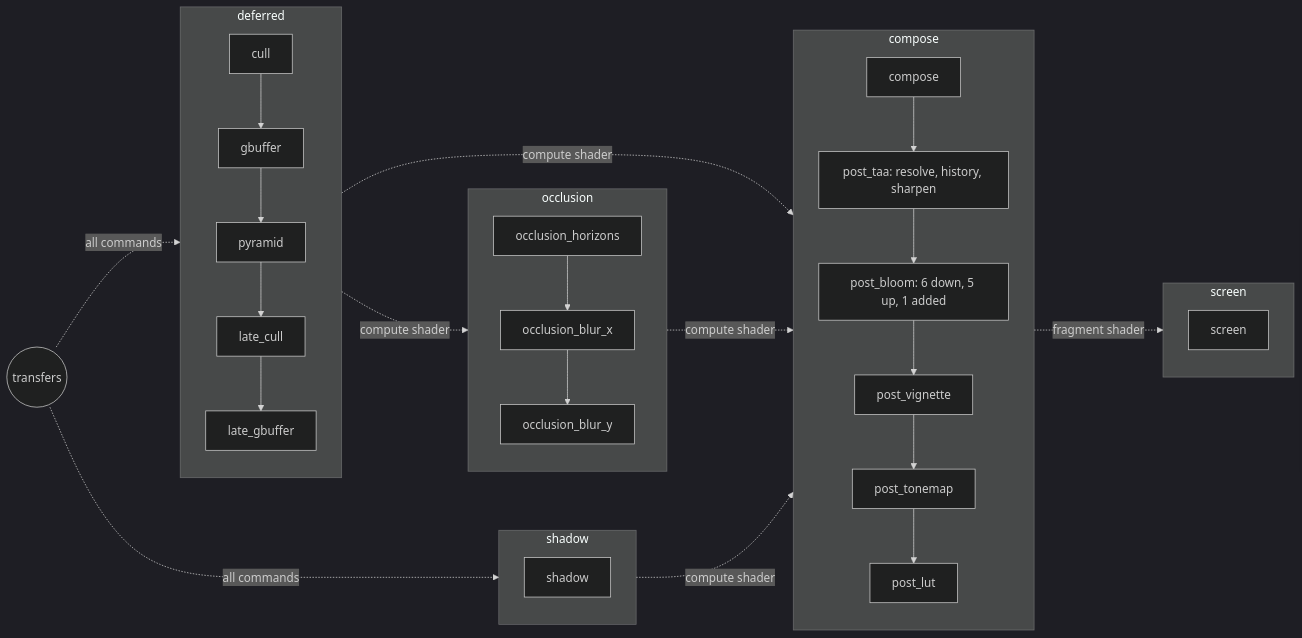
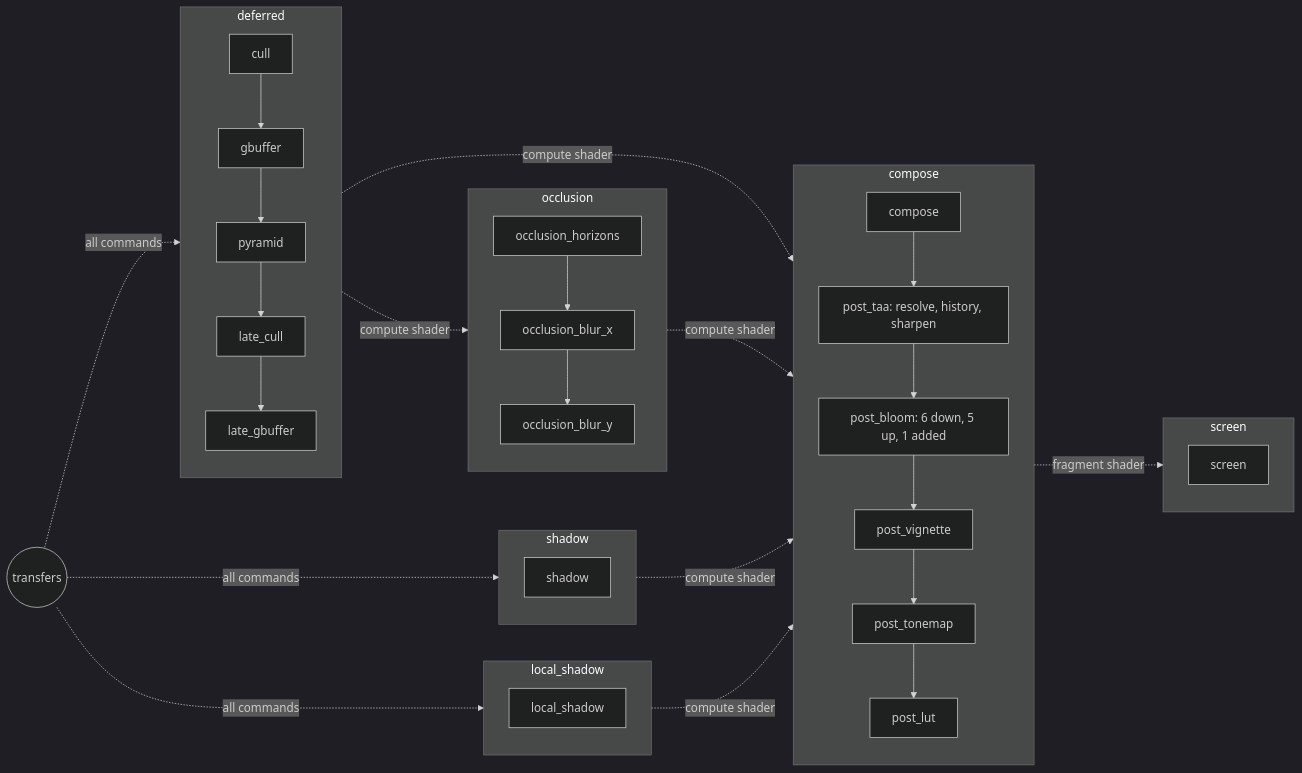
Before and after one commit to Kag-k-thun/Balder: the diagram in doc/render-graph.md, drawn with Mermaid (dark theme). The commit also changed other lines of this file, not shown here.

Commit message:
[BAL-92][graph] docs: describe the shadows of the point and spot lights, their views in the tiles of a shared atlas and their cost, and the memory of the images of concurrent subpasses

````diff
--- a/doc/render-graph.md
+++ b/doc/render-graph.md
@@ -131,26 +134,31 @@
 ```mermaid
 flowchart LR
     transfers((transfers))
     subgraph deferred
         cull --> gbuffer --> pyramid --> late_cull --> late_gbuffer
     end
     subgraph shadow
         shadow_map[shadow]
+    end
+    subgraph local_shadow
+        local_shadow_map[local_shadow]
     end
     subgraph occlusion
         horizons[occlusion_horizons] --> blur_x[occlusion_blur_x] --> blur_y[occlusion_blur_y]
     end
     subgraph compose
         composition[compose] --> taa[post_taa: resolve, history, sharpen] --> bloom[post_bloom: 6 down, 5 up, 1 added] --> vignette[post_vignette] --> tonemap[post_tonemap] --> lut[post_lut]
     end
     subgraph screen
         widgets[screen]
     end
     transfers -. all commands .-> deferred
     transfers -. all commands .-> shadow
+    transfers -. all commands .-> local_shadow
     deferred -. compute shader .-> occlusion
     deferred -. compute shader .-> compose
     occlusion -. compute shader .-> compose
     shadow -. compute shader .-> compose
+    local_shadow -. compute shader .-> compose
     compose -. fragment shader .-> screen
 ```
````
